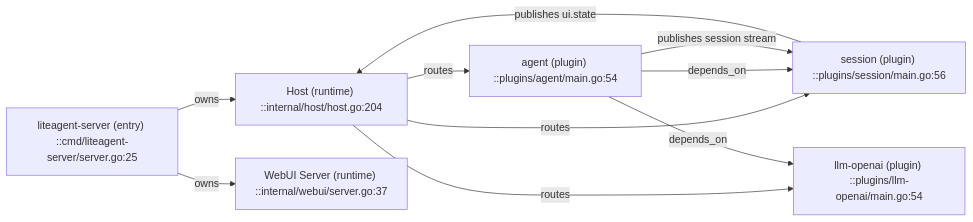
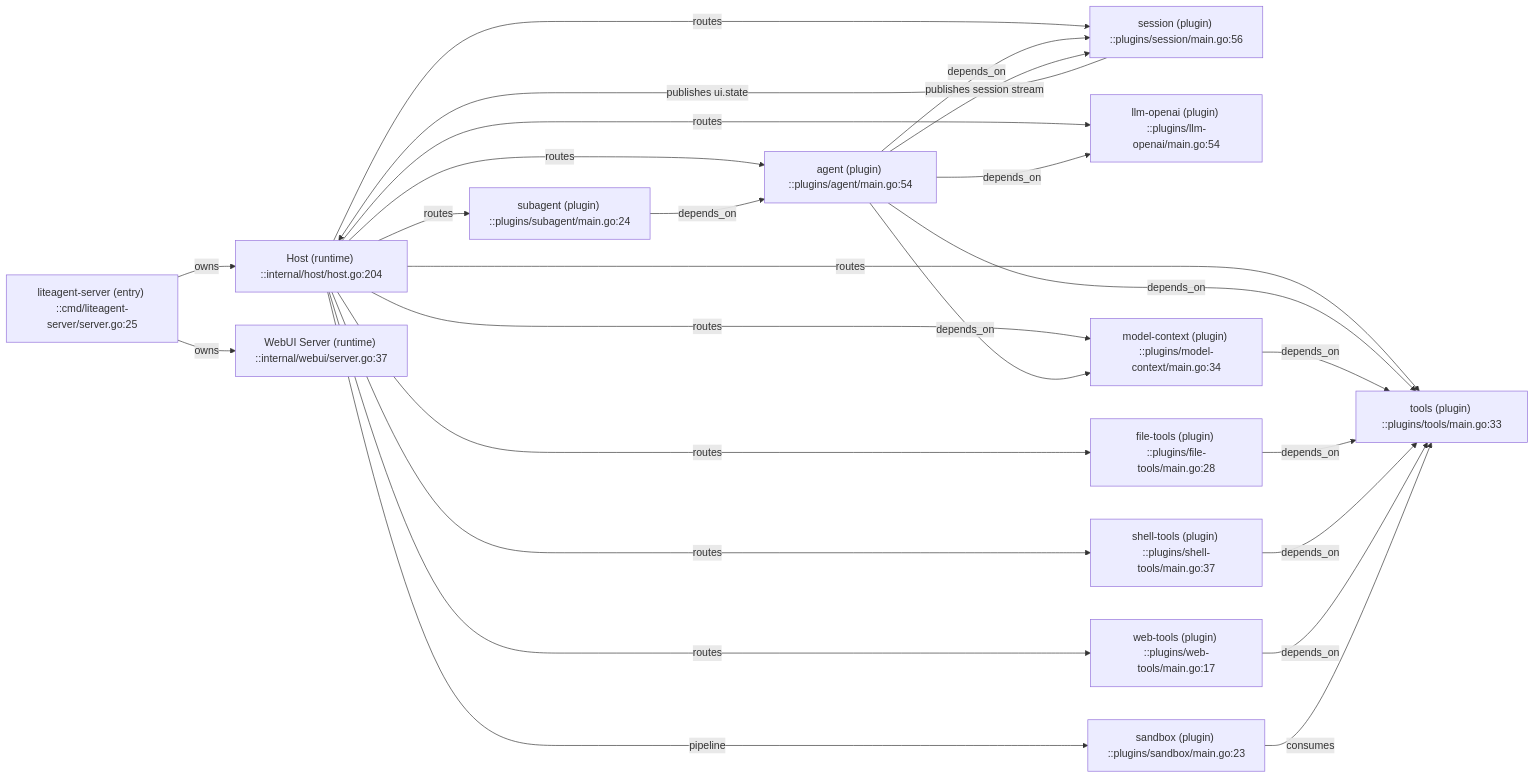
The first of 5 diagrams in docs/project-map/DEPENDENCY.md (Alphazer01214/my-go-lite-agent), drawn with Mermaid before and after one commit. The commit also changed other lines of this file and 87 other files, not shown here.

Commit message:
feat: implement complete agent plugin framework

````diff
--- a/docs/project-map/DEPENDENCY.md
+++ b/docs/project-map/DEPENDENCY.md
@@ -7,12 +7,27 @@
 ```mermaid
 flowchart LR
   Server["liteagent-server (entry) ::cmd/liteagent-server/server.go:25"] -->|owns| Host["Host (runtime) ::internal/host/host.go:204"]
   Server -->|owns| WebUI["WebUI Server (runtime) ::internal/webui/server.go:37"]
   Host -->|routes| Agent["agent (plugin) ::plugins/agent/main.go:54"]
   Host -->|routes| Session["session (plugin) ::plugins/session/main.go:56"]
   Host -->|routes| LLM["llm-openai (plugin) ::plugins/llm-openai/main.go:54"]
+  Host -->|routes| Tools["tools (plugin) ::plugins/tools/main.go:33"]
+  Host -->|routes| Context["model-context (plugin) ::plugins/model-context/main.go:34"]
+  Host -->|pipeline| Sandbox["sandbox (plugin) ::plugins/sandbox/main.go:23"]
+  Host -->|routes| File["file-tools (plugin) ::plugins/file-tools/main.go:28"]
+  Host -->|routes| Shell["shell-tools (plugin) ::plugins/shell-tools/main.go:37"]
+  Host -->|routes| Web["web-tools (plugin) ::plugins/web-tools/main.go:17"]
+  Host -->|routes| Subagent["subagent (plugin) ::plugins/subagent/main.go:24"]
   Agent -->|depends_on| Session
   Agent -->|depends_on| LLM
+  Agent -->|depends_on| Tools
+  Agent -->|depends_on| Context
+  Context -->|depends_on| Tools
+  File -->|depends_on| Tools
+  Shell -->|depends_on| Tools
+  Web -->|depends_on| Tools
+  Sandbox -->|consumes| Tools
+  Subagent -->|depends_on| Agent
   Session -->|publishes ui.state| Host
   Agent -->|publishes session stream| Session
 ```
````
